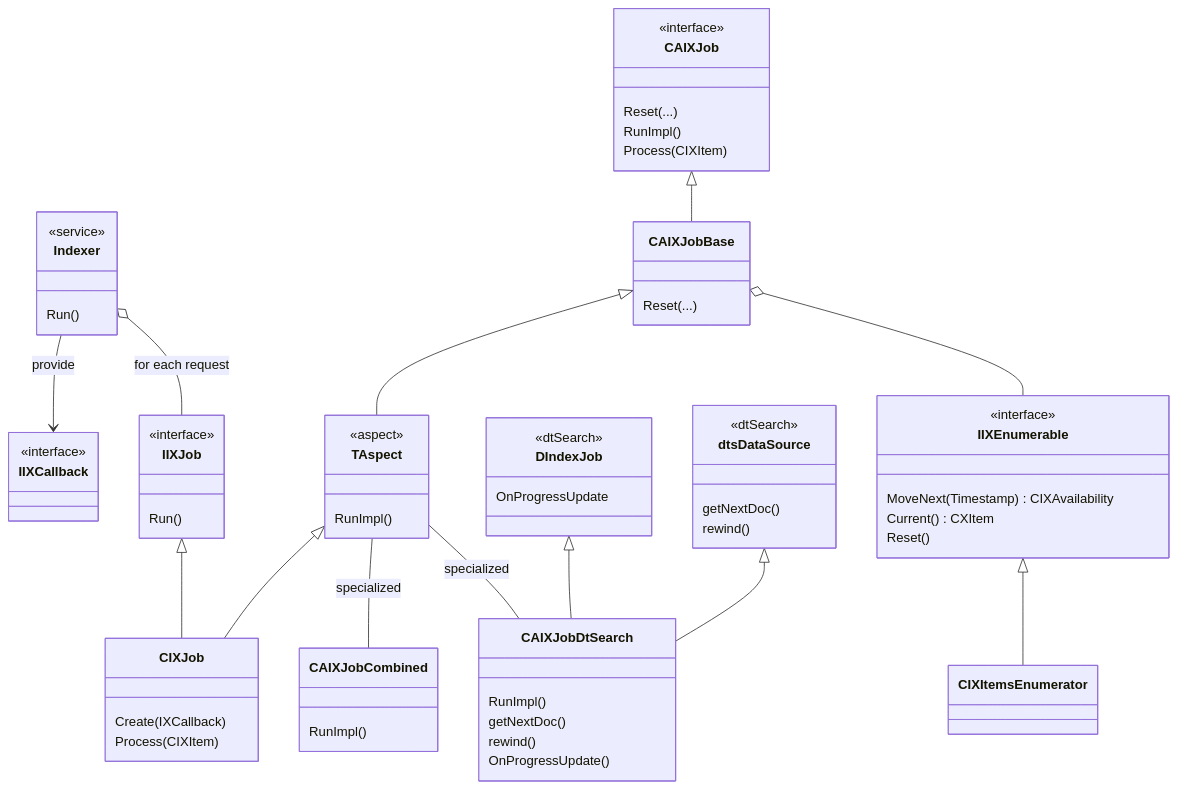
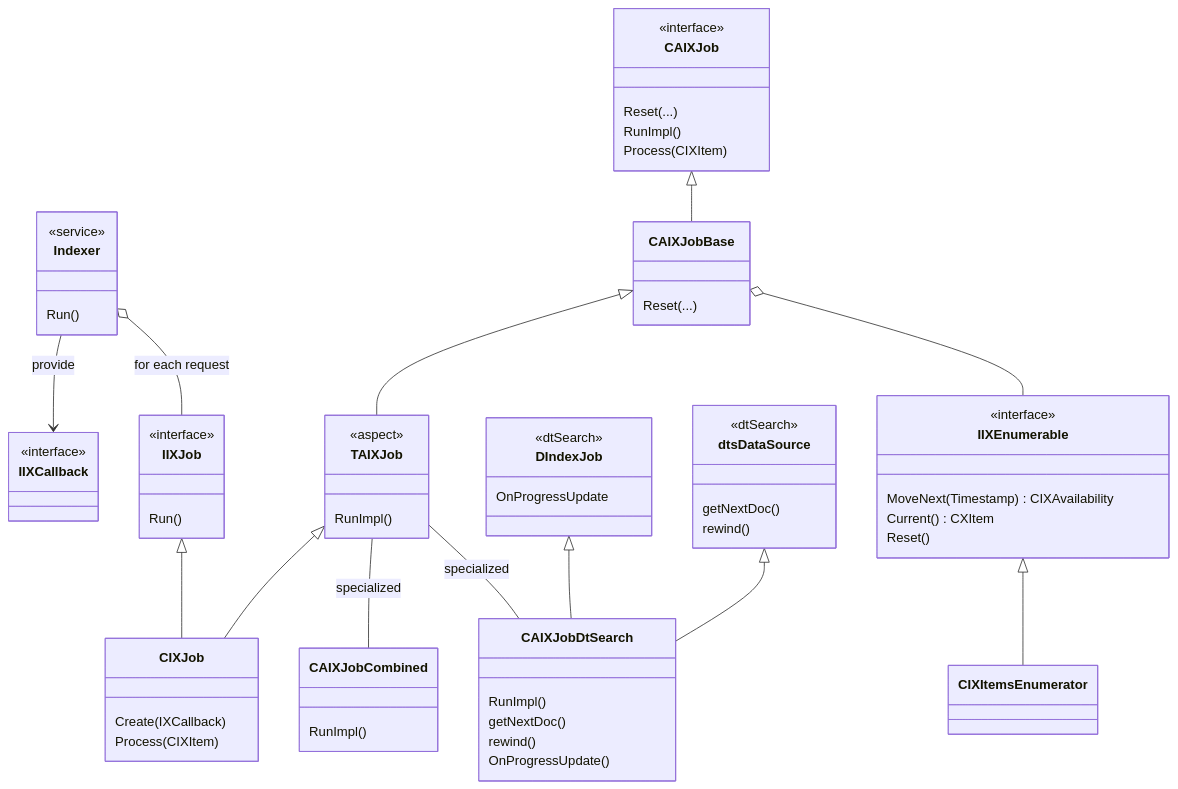
One commit to lightcaurby/Code-IXSample changed the second of 3 diagrams in README.md. Above: the diagram before and after it, drawn with Mermaid. The commit also changed 1 other file, not shown here.

Commit message:
Renamed TAspect to TAIXJob.

````diff
--- a/README.md
+++ b/README.md
@@ -58,62 +58,62 @@
 ```mermaid
 classDiagram
 
 class IIXCallback
 <<interface>> IIXCallback
 
 
-class TAspect
-<<aspect>> TAspect
+class TAIXJob
+<<aspect>> TAIXJob
 
 class IIXJob
 <<interface>> IIXJob
 IIXJob : Run()
 IIXJob <|-- CIXJob
 CIXJob : Create( IXCallback )
 CIXJob : Process( CIXItem)
-TAspect <|-- CIXJob
-TAspect : RunImpl()
-TAspect -- CAIXJobCombined : specialized
+TAIXJob <|-- CIXJob
+TAIXJob : RunImpl()
+TAIXJob -- CAIXJobCombined : specialized
 CAIXJobCombined : RunImpl()
-TAspect -- CAIXJobDtSearch : specialized
+TAIXJob -- CAIXJobDtSearch : specialized
 CAIXJobDtSearch : RunImpl()
 CAIXJobDtSearch : getNextDoc()
 CAIXJobDtSearch : rewind()
 CAIXJobDtSearch : OnProgressUpdate()
-CAIXJobBase <|-- TAspect
+CAIXJobBase <|-- TAIXJob
 CAIXJobBase : Reset( ...)
 class CAIXJob
 <<interface>> CAIXJob
 CAIXJob : Reset(...)
 CAIXJob : RunImpl()
 CAIXJob : Process(CIXItem)
 CAIXJob <|-- CAIXJobBase
 
 
 class IIXEnumerable
 <<interface>> IIXEnumerable
 IIXEnumerable : MoveNext( Timestamp ) CIXAvailability
 IIXEnumerable : Current() CXItem
 IIXEnumerable : Reset()
 IIXEnumerable <|-- CIXItemsEnumerator
 CAIXJobBase o-- IIXEnumerable
 
 class DIndexJob
 <<dtSearch>> DIndexJob
 DIndexJob <|-- CAIXJobDtSearch
 DIndexJob : OnProgressUpdate
 class dtsDataSource
 <<dtSearch>> dtsDataSource
 dtsDataSource : getNextDoc()
 dtsDataSource : rewind()
 dtsDataSource <|-- CAIXJobDtSearch
 
 class Indexer
 <<service>> Indexer
 
 Indexer : Run()
 Indexer --> IIXCallback : provide
 Indexer o-- IIXJob : for each request
 
 
 ```
````
